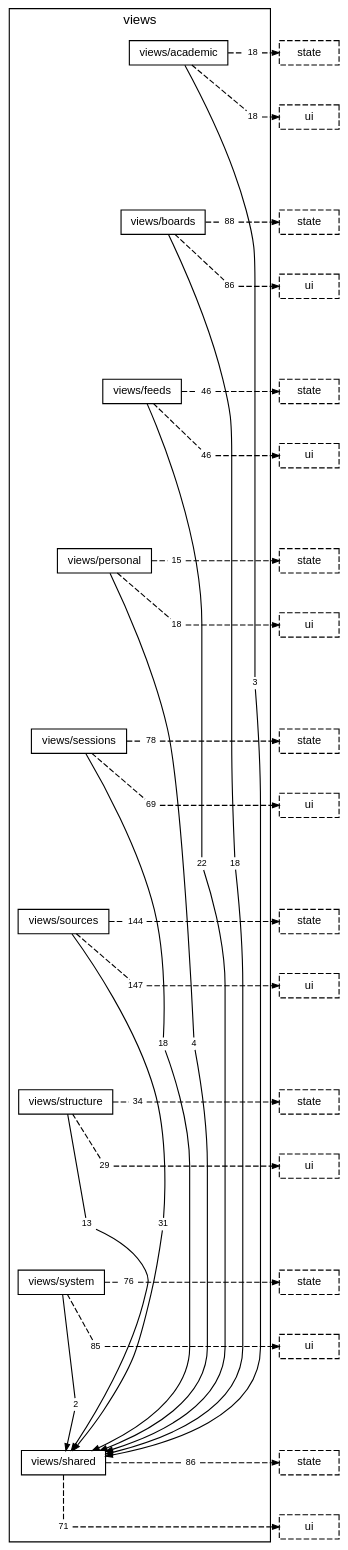
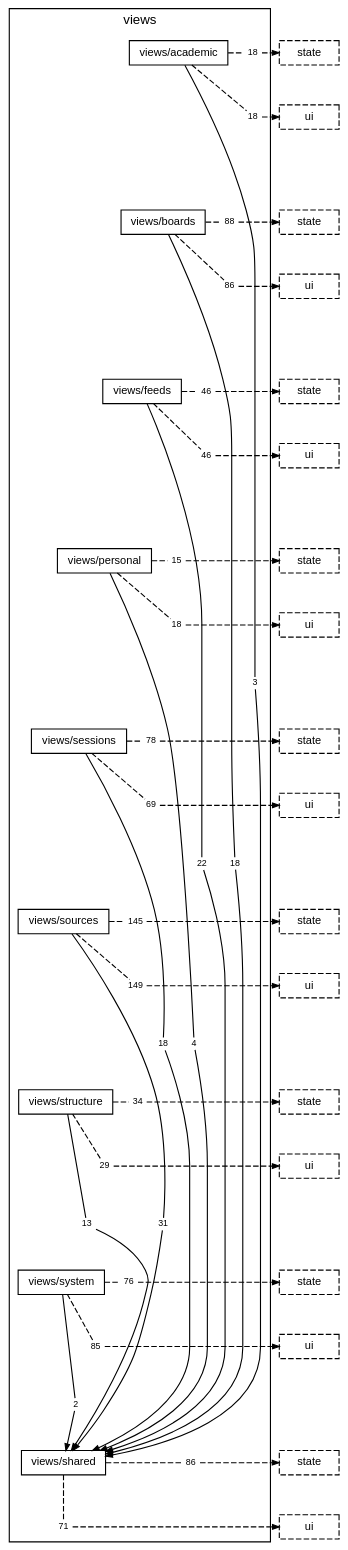
One commit to TheAxeC/oculus changed the diagram in docs/diagrams/layer-views.dot. Above: the diagram before and after it, drawn with Graphviz. The commit also changed 78 other files, not shown here.

```diff
--- a/docs/diagrams/layer-views.dot
+++ b/docs/diagrams/layer-views.dot
@@ -29,8 +29,8 @@
         "folder views/sessions to layer state" [label="78", shape=box, color="transparent", fontsize=8, width=0, height=0, margin="0.04,0.02"];
         "folder views/sessions to layer ui" [label="69", shape=box, color="transparent", fontsize=8, width=0, height=0, margin="0.04,0.02"];
         "folder views/sources to folder views/shared" [label="31", shape=box, color="transparent", fontsize=8, width=0, height=0, margin="0.04,0.02"];
-        "folder views/sources to layer state" [label="144", shape=box, color="transparent", fontsize=8, width=0, height=0, margin="0.04,0.02"];
-        "folder views/sources to layer ui" [label="147", shape=box, color="transparent", fontsize=8, width=0, height=0, margin="0.04,0.02"];
+        "folder views/sources to layer state" [label="145", shape=box, color="transparent", fontsize=8, width=0, height=0, margin="0.04,0.02"];
+        "folder views/sources to layer ui" [label="149", shape=box, color="transparent", fontsize=8, width=0, height=0, margin="0.04,0.02"];
         "folder views/structure to folder views/shared" [label="13", shape=box, color="transparent", fontsize=8, width=0, height=0, margin="0.04,0.02"];
         "folder views/structure to layer state" [label="34", shape=box, color="transparent", fontsize=8, width=0, height=0, margin="0.04,0.02"];
         "folder views/structure to layer ui" [label="29", shape=box, color="transparent", fontsize=8, width=0, height=0, margin="0.04,0.02"];
```
